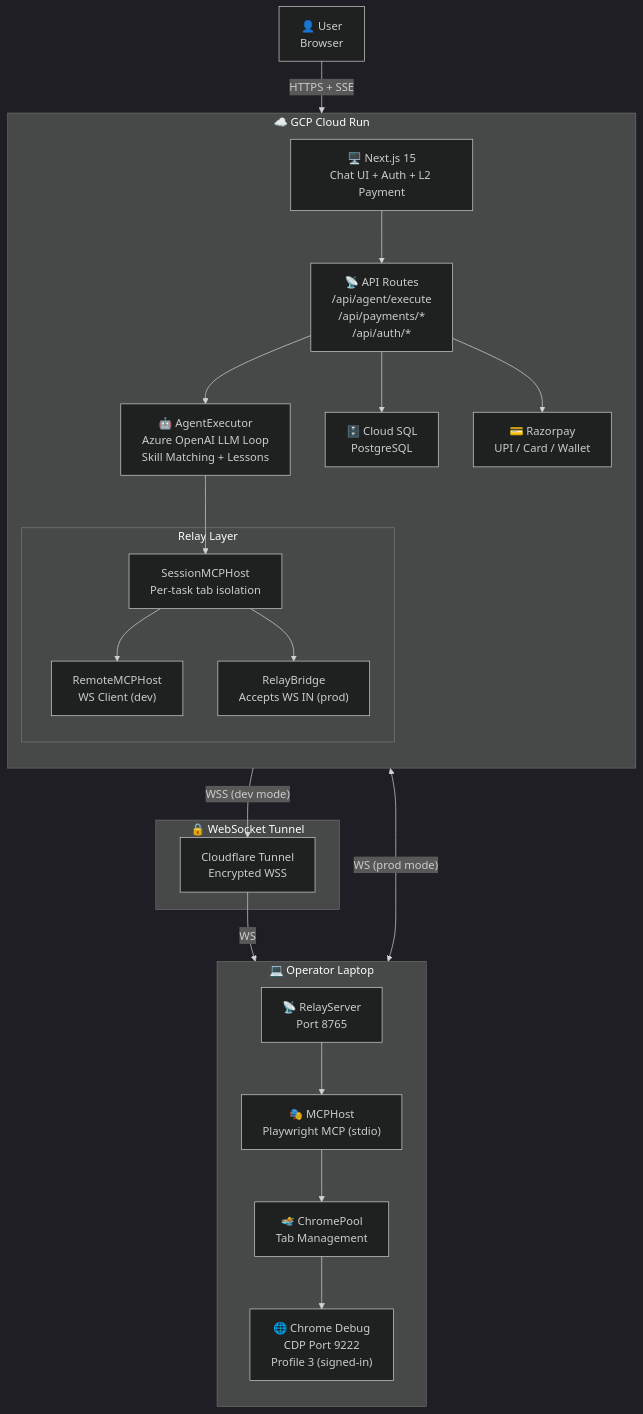
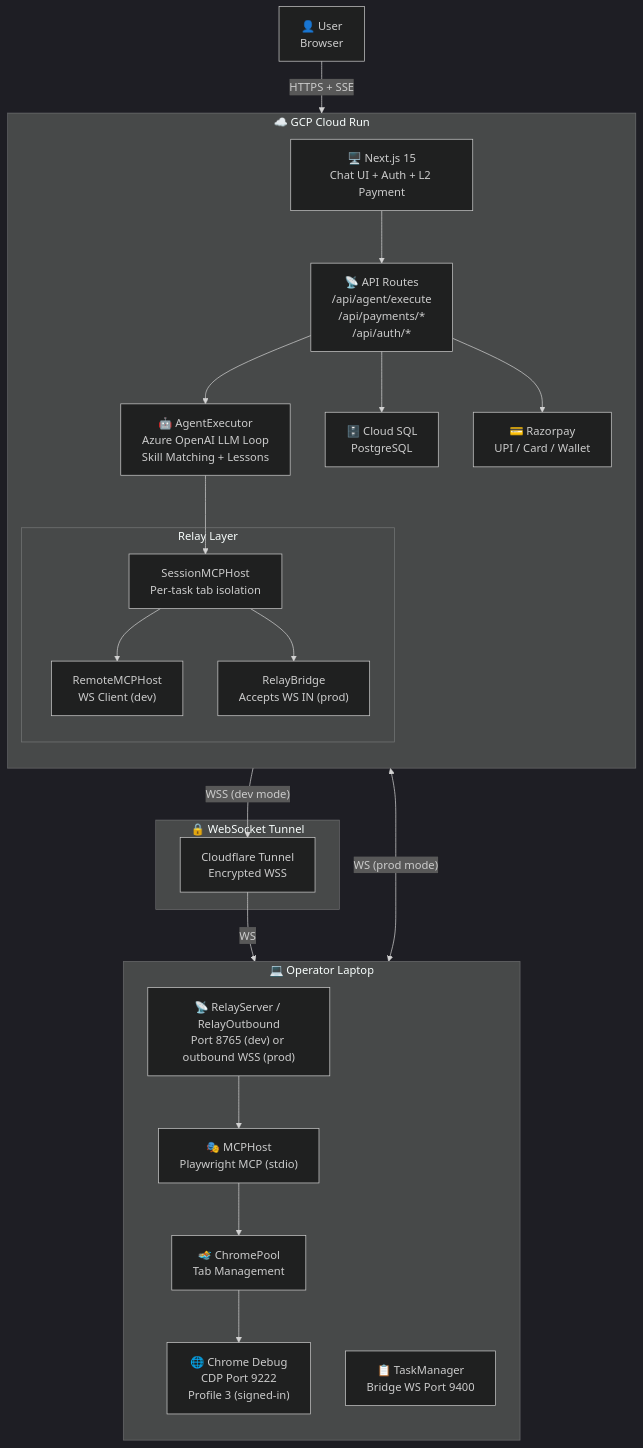
The first of 8 diagrams in docs/ARCHITECTURE.md (rohitsingh30/shofferAi), drawn with Mermaid (dark theme) before and after one commit. The commit also changed other lines of this file and 7 other files, not shown here.

First line of the commit message:
docs: fix stale port 8765 references — clarify two relay modes

````diff
--- a/docs/ARCHITECTURE.md
+++ b/docs/ARCHITECTURE.md
@@ -14,46 +14,47 @@
 ```mermaid
 graph TB
     subgraph CLOUD["☁️ GCP Cloud Run"]
         direction TB
         UI["🖥️ Next.js 15<br/>Chat UI + Auth + L2 Payment"]
         API["📡 API Routes<br/>/api/agent/execute<br/>/api/payments/*<br/>/api/auth/*"]
         AGENT["🤖 AgentExecutor<br/>Azure OpenAI LLM Loop<br/>Skill Matching + Lessons"]
         DB["🗄️ Cloud SQL<br/>PostgreSQL"]
         PAY["💳 Razorpay<br/>UPI / Card / Wallet"]
         
         subgraph RELAY_CLOUD["Relay Layer"]
             SMCP["SessionMCPHost<br/>Per-task tab isolation"]
             RMCP["RemoteMCPHost<br/>WS Client (dev)"]
             RB["RelayBridge<br/>Accepts WS IN (prod)"]
         end
         
         UI --> API
         API --> AGENT
         AGENT --> SMCP
         SMCP --> RMCP
         SMCP --> RB
         API --> DB
         API --> PAY
     end
 
     subgraph TUNNEL["🔒 WebSocket Tunnel"]
         CF["Cloudflare Tunnel<br/>Encrypted WSS"]
     end
 
     subgraph LAPTOP["💻 Operator Laptop"]
         direction TB
-        RS["📡 RelayServer<br/>Port 8765"]
+        RS["📡 RelayServer / RelayOutbound<br/>Port 8765 (dev) or outbound WSS (prod)"]
+        TM["📋 TaskManager<br/>Bridge WS Port 9400"]
         MCP["🎭 MCPHost<br/>Playwright MCP (stdio)"]
         POOL["🏊 ChromePool<br/>Tab Management"]
         CHROME["🌐 Chrome Debug<br/>CDP Port 9222<br/>Profile 3 (signed-in)"]
         
         RS --> MCP
         MCP --> POOL
         POOL --> CHROME
     end
 
     USER["👤 User<br/>Browser"] -->|"HTTPS + SSE"| UI
     RMCP -->|"WSS (dev mode)"| CF
     CF -->|"WS"| RS
     RB <-->|"WS (prod mode)"| RS
 ```
````
